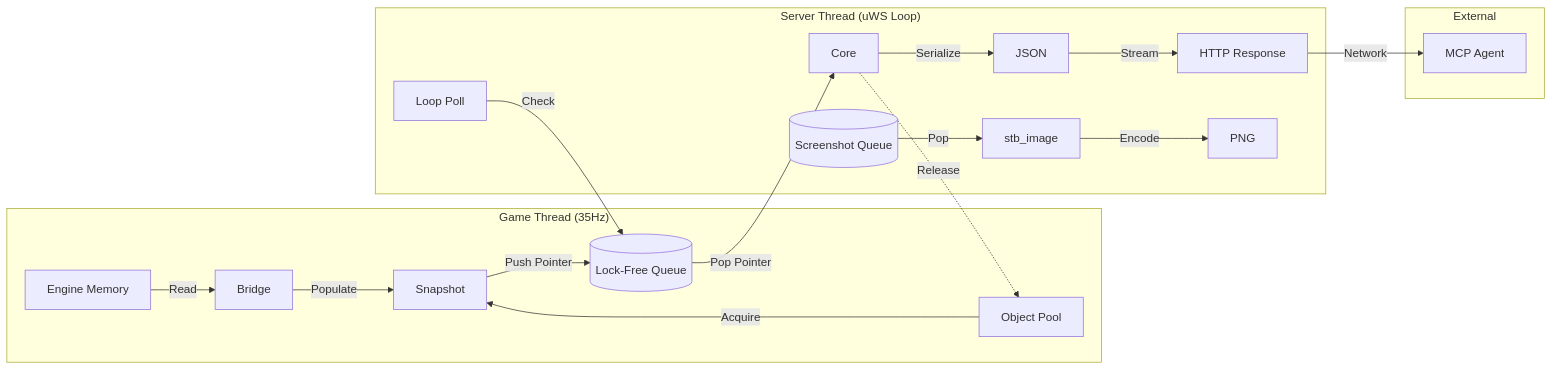
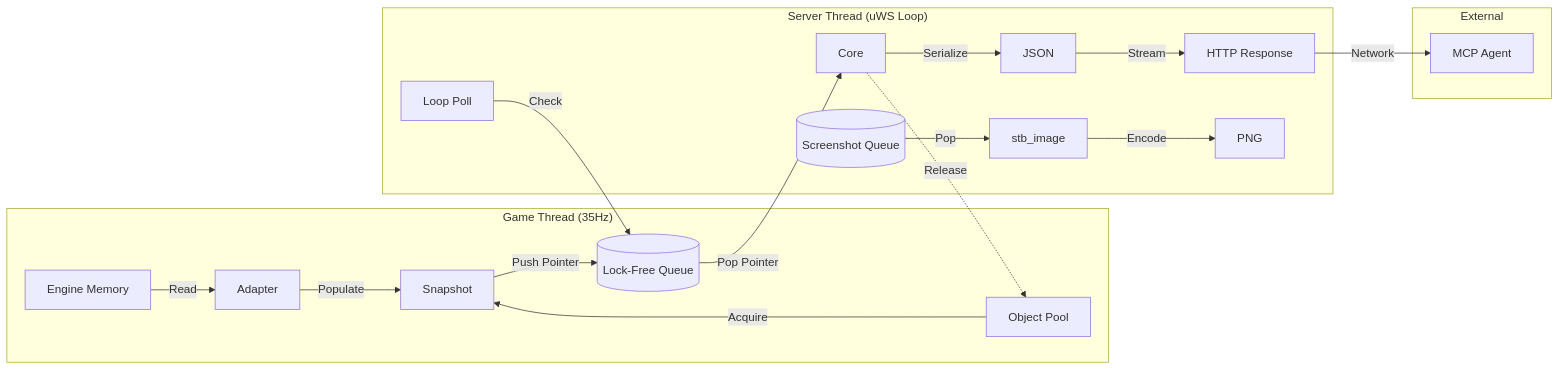
The diagram in plan.md (raulcorreia7/doom-mcp), drawn with Mermaid before and after one commit. The commit also changed other lines of this file and 1 other file, not shown here.

First line of the commit message:
docs: update integration guides for new adapter naming

````diff
--- a/plan.md
+++ b/plan.md
@@ -27,24 +27,24 @@
 ```mermaid
 graph LR
     subgraph "Game Thread (35Hz)"
-        Mem[Engine Memory] -->|Read| Adapter[Bridge]
+        Mem[Engine Memory] -->|Read| Adapter[Adapter]
         Pool[Object Pool] -->|Acquire| Snap[Snapshot]
         Adapter -->|Populate| Snap
         Snap -->|Push Pointer| Q[(Lock-Free Queue)]
     end
 
     subgraph "Server Thread (uWS Loop)"
         Timer[Loop Poll] -->|Check| Q
         Q -->|Pop Pointer| Core
         Core -->|Serialize| JSON
         JSON -->|Stream| SSE[HTTP Response]
         Core -.->|Release| Pool
         
         ScreenshotQ[(Screenshot Queue)] -->|Pop| Encoder[stb_image]
         Encoder -->|Encode| PNG
     end
 
     subgraph "External"
         SSE -->|Network| AI[MCP Agent]
     end
 ```
````
